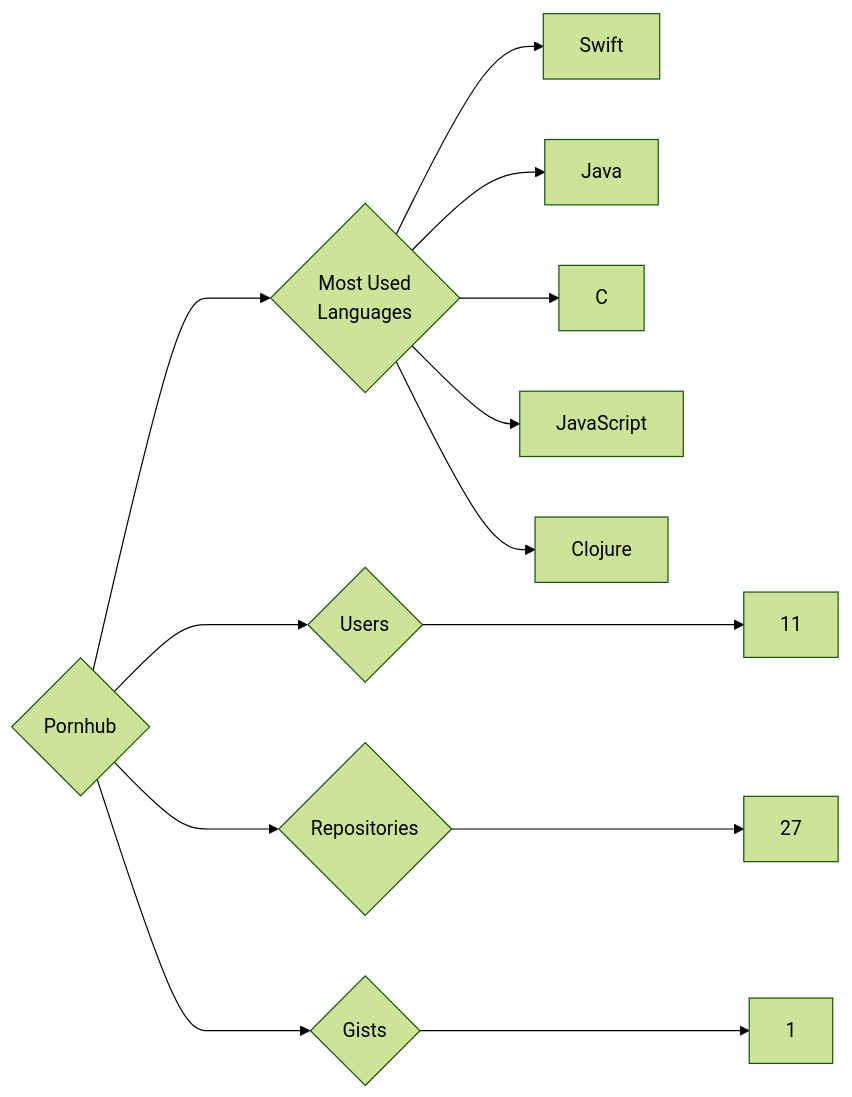
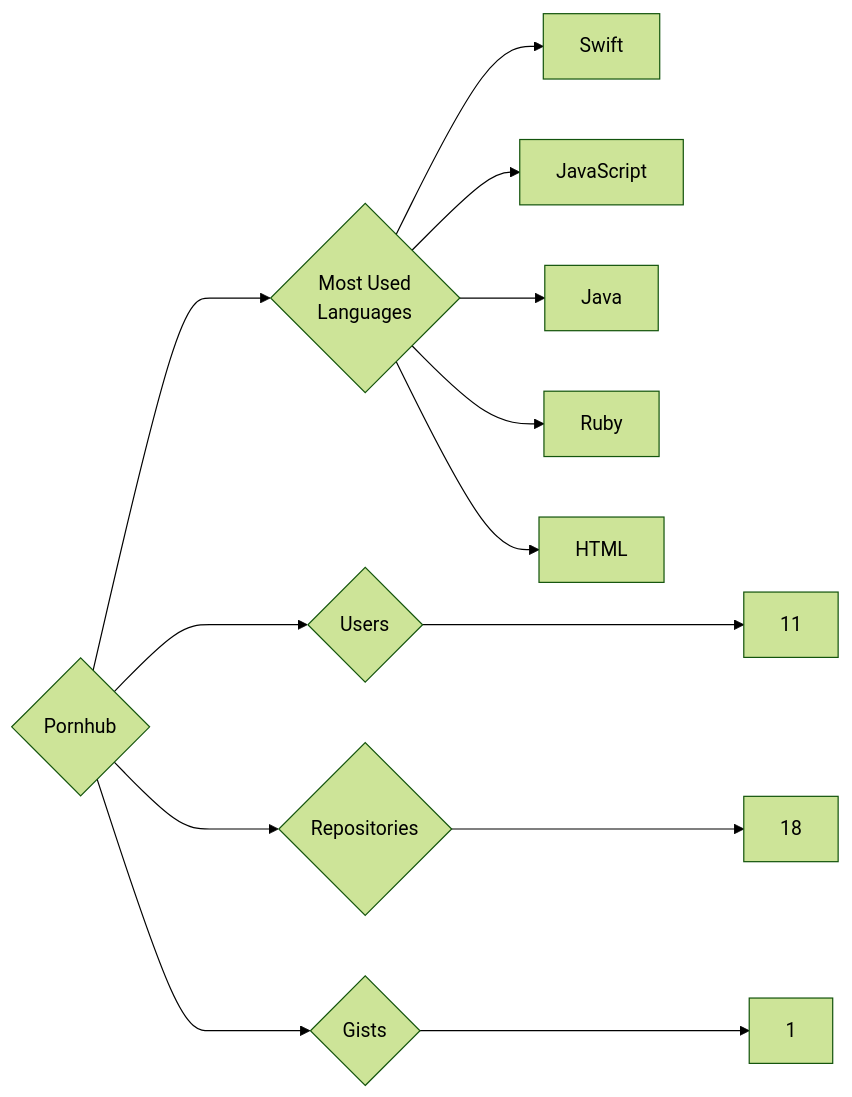
The diagram in targets/Pornhub/README.md (trickest/insiders), drawn with Mermaid (forest theme) before and after one commit. The commit also changed 995 other files, not shown here.

````diff
--- a/targets/Pornhub/README.md
+++ b/targets/Pornhub/README.md
@@ -3,13 +3,13 @@
 ```mermaid
 graph LR
 COMPANY_NAME{Pornhub}
 COMPANY_NAME ---> U{Users} ---> UN[11]
-COMPANY_NAME ---> R{Repositories} ---> RN[27]
+COMPANY_NAME ---> R{Repositories} ---> RN[18]
 COMPANY_NAME ---> G{Gists} ---> GN[1]
 COMPANY_NAME ---> ML{Most Used<br>Languages}
 ML --> Swift[Swift]
+ML --> JavaScript[JavaScript]
 ML --> Java[Java]
-ML --> C[C]
-ML --> JavaScript[JavaScript]
-ML --> Clojure[Clojure]
+ML --> Ruby[Ruby]
+ML --> HTML[HTML]
 ```
````
